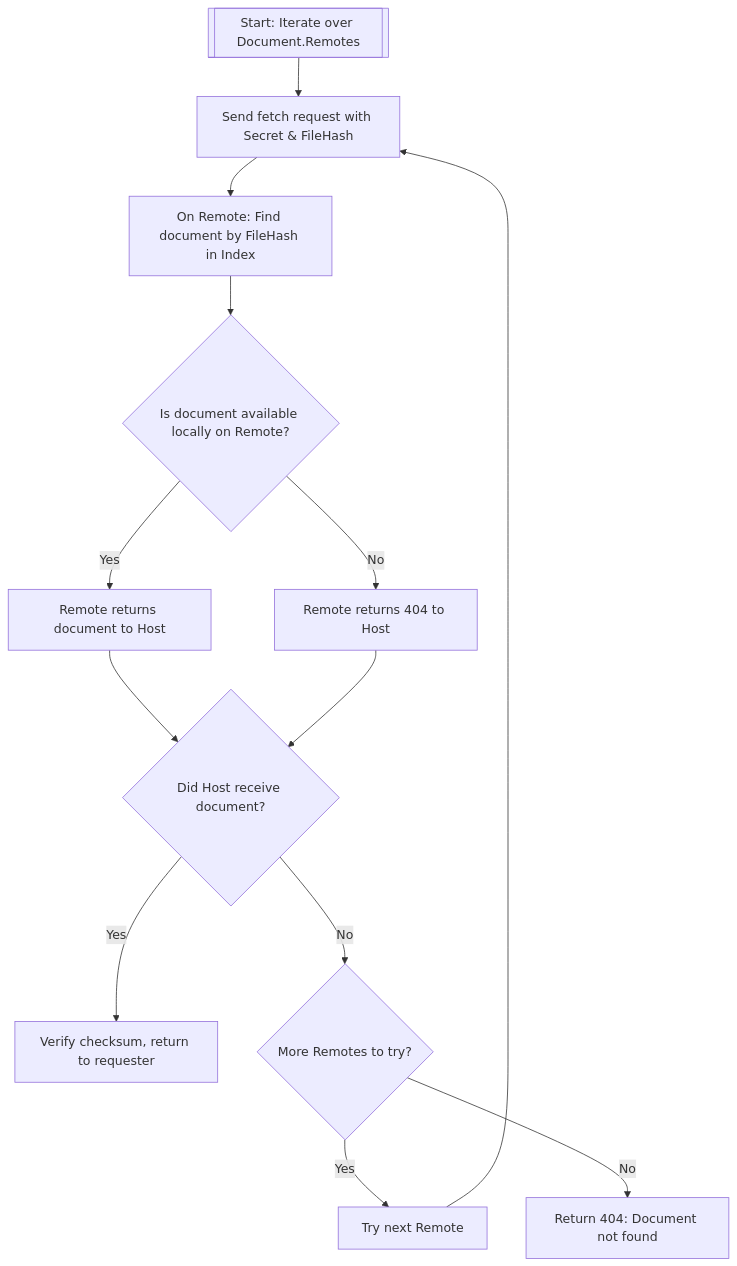
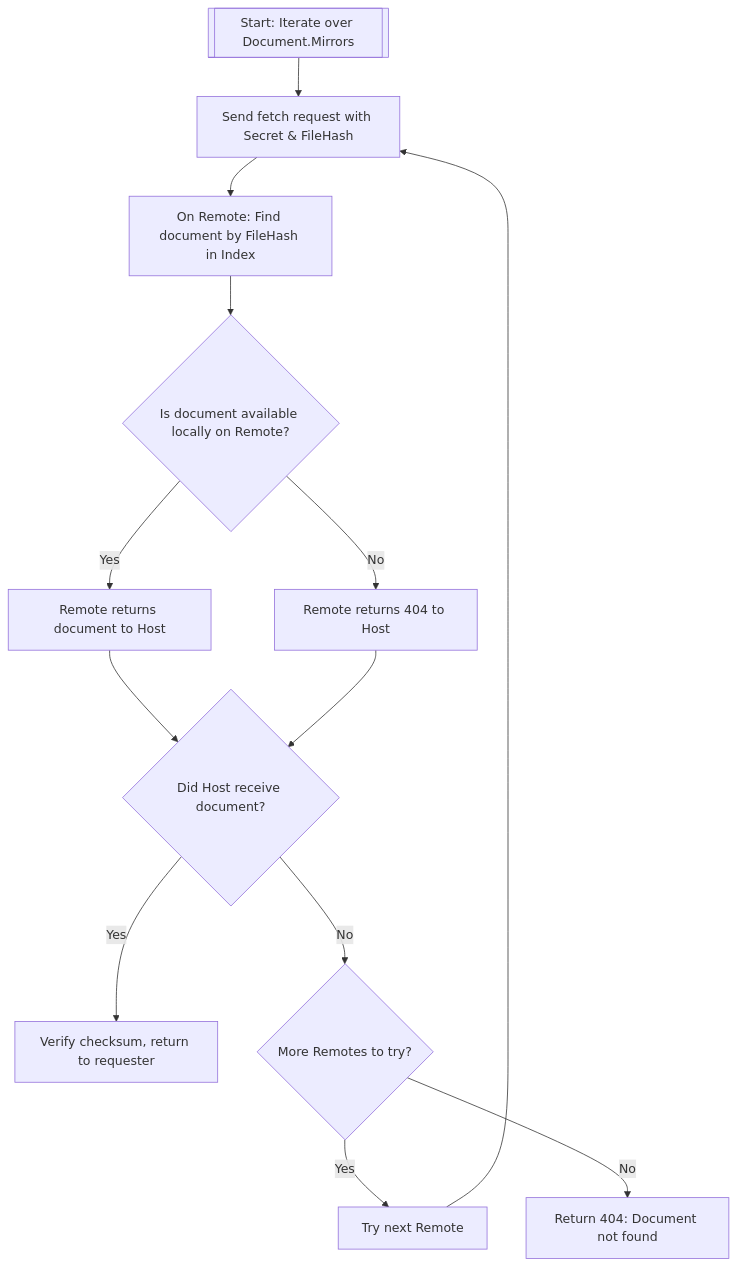
One commit to Crowfunder/flaszk changed the second of 3 diagrams in docs/downloading.md. Above: the diagram before and after it, drawn with Mermaid. The commit also changed 1 other file, not shown here.

Commit message:
Add more docs

````diff
--- a/docs/downloading.md
+++ b/docs/downloading.md
@@ -30,22 +30,22 @@
 ```mermaid
 flowchart TD
-    A[[Start: Iterate over Document.Remotes]]
+    A[[Start: Iterate over Document.Mirrors]]
     B[Send fetch request with Secret & FileHash]
     C[On Remote: Find document by FileHash in Index]
     D{Is document available locally on Remote?}
     E[Remote returns document to Host]
     F[Remote returns 404 to Host]
     G{Did Host receive document?}
     H[Verify checksum, return to requester]
     I{More Remotes to try?}
     J[Try next Remote]
     K[Return 404: Document not found]
 
     A --> B --> C --> D
     D -- Yes --> E --> G
     D -- No --> F --> G
     G -- Yes --> H
     G -- No --> I
     I -- Yes --> J --> B
     I -- No --> K
 ```
````
